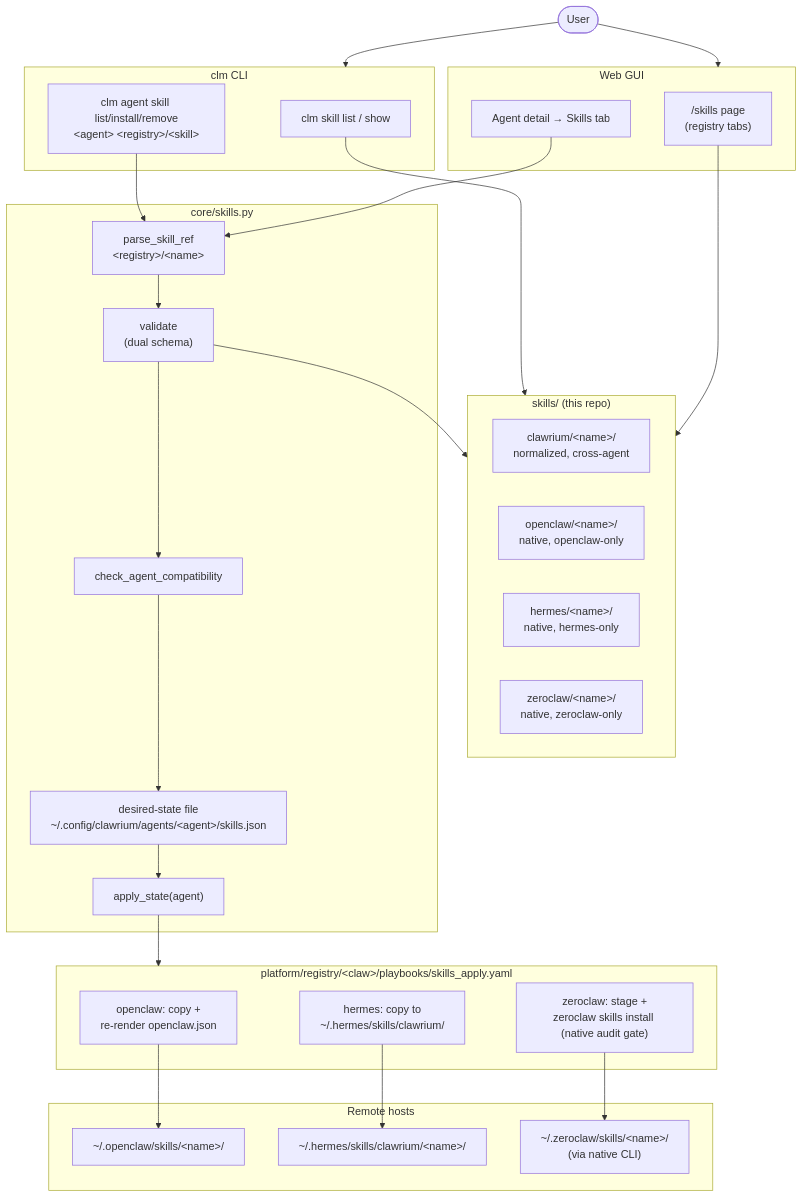
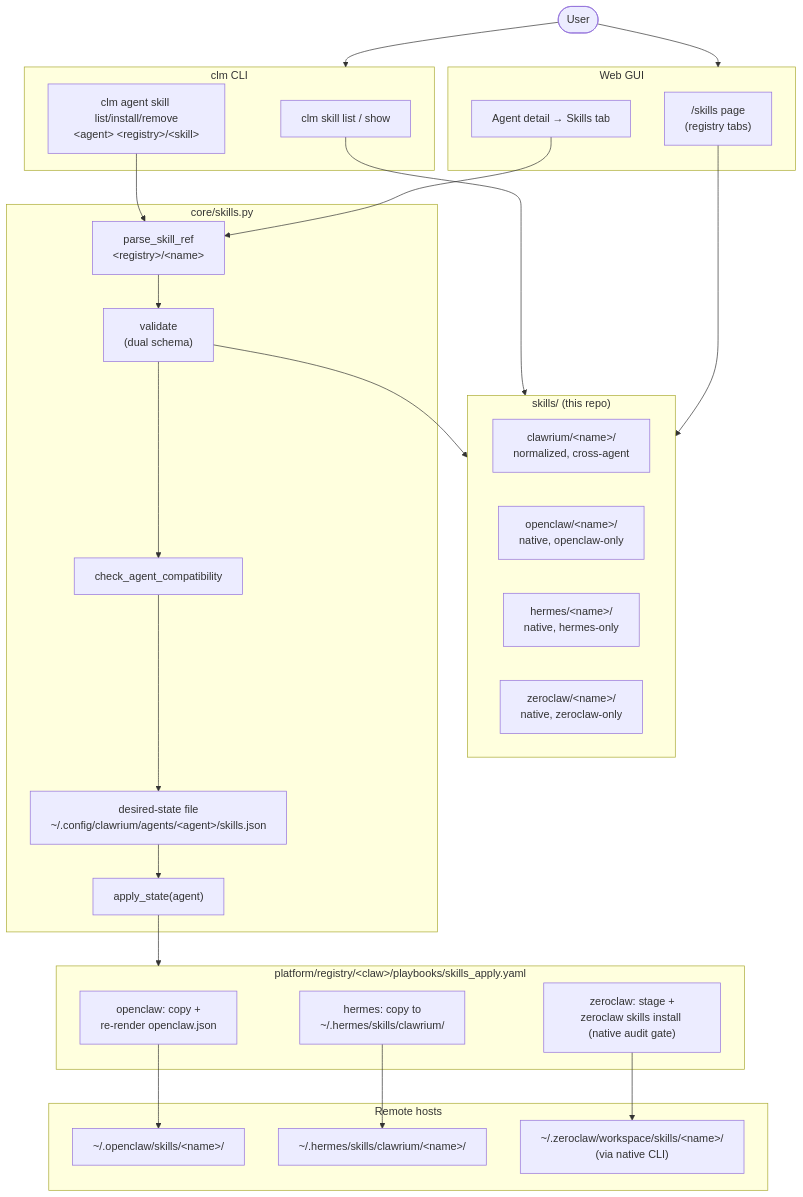
Before and after one commit to ric03uec/clawrium: the diagram in .itx/364/00_PLAN.md, drawn with Mermaid. The commit also changed other lines of this file and 1 other file, not shown here.

````diff
--- a/.itx/364/00_PLAN.md
+++ b/.itx/364/00_PLAN.md
@@ -7,57 +7,57 @@
 ```mermaid
 flowchart TD
     User([User])
 
     subgraph CLI["clm CLI"]
         SkillBrowse["clm skill list / show"]
         AgentSkill["clm agent skill list/install/remove<br/>&lt;agent&gt; &lt;registry&gt;/&lt;skill&gt;"]
     end
 
     subgraph GUI["Web GUI"]
         CatPage["/skills page<br/>(registry tabs)"]
         AgentTab["Agent detail → Skills tab"]
     end
 
     subgraph Catalog["skills/ (this repo)"]
         ClwReg["clawrium/&lt;name&gt;/<br/>normalized, cross-agent"]
         OcReg["openclaw/&lt;name&gt;/<br/>native, openclaw-only"]
         HeReg["hermes/&lt;name&gt;/<br/>native, hermes-only"]
         ZeReg["zeroclaw/&lt;name&gt;/<br/>native, zeroclaw-only"]
     end
 
     subgraph Core["core/skills.py"]
         ParseRef["parse_skill_ref<br/>&lt;registry&gt;/&lt;name&gt;"]
         Validate["validate<br/>(dual schema)"]
         Compat["check_agent_compatibility"]
         DState["desired-state file<br/>~/.config/clawrium/agents/&lt;agent&gt;/skills.json"]
         Apply["apply_state(agent)"]
     end
 
     subgraph Playbooks["platform/registry/&lt;claw&gt;/playbooks/skills_apply.yaml"]
         OcApply["openclaw: copy +<br/>re-render openclaw.json"]
         HeApply["hermes: copy to<br/>~/.hermes/skills/clawrium/"]
         ZeApply["zeroclaw: stage +<br/>zeroclaw skills install (native audit gate)"]
     end
 
     subgraph Remote["Remote hosts"]
         OcHost["~/.openclaw/skills/&lt;name&gt;/"]
         HeHost["~/.hermes/skills/clawrium/&lt;name&gt;/"]
-        ZeHost["~/.zeroclaw/skills/&lt;name&gt;/<br/>(via native CLI)"]
+        ZeHost["~/.zeroclaw/workspace/skills/&lt;name&gt;/<br/>(via native CLI)"]
     end
 
     User --> CLI
     User --> GUI
     SkillBrowse --> Catalog
     AgentSkill --> ParseRef
     CatPage --> Catalog
     AgentTab --> ParseRef
     ParseRef --> Validate
     Validate --> Catalog
     Validate --> Compat
     Compat --> DState
     DState --> Apply
     Apply --> Playbooks
     OcApply --> OcHost
     HeApply --> HeHost
     ZeApply --> ZeHost
 ```
````
